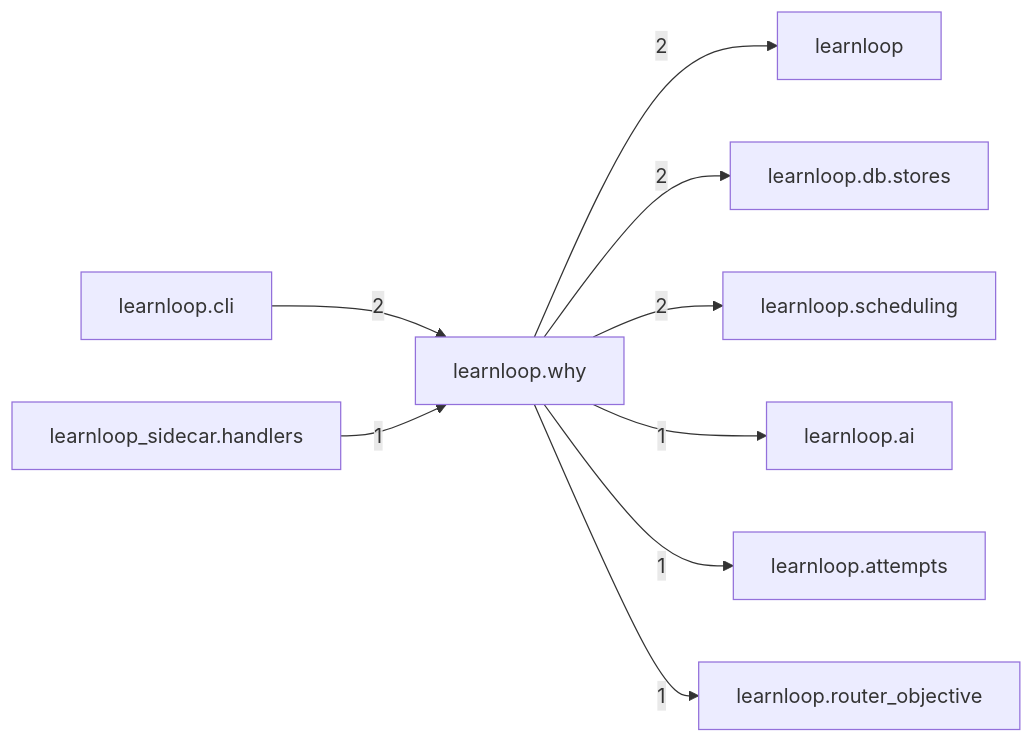
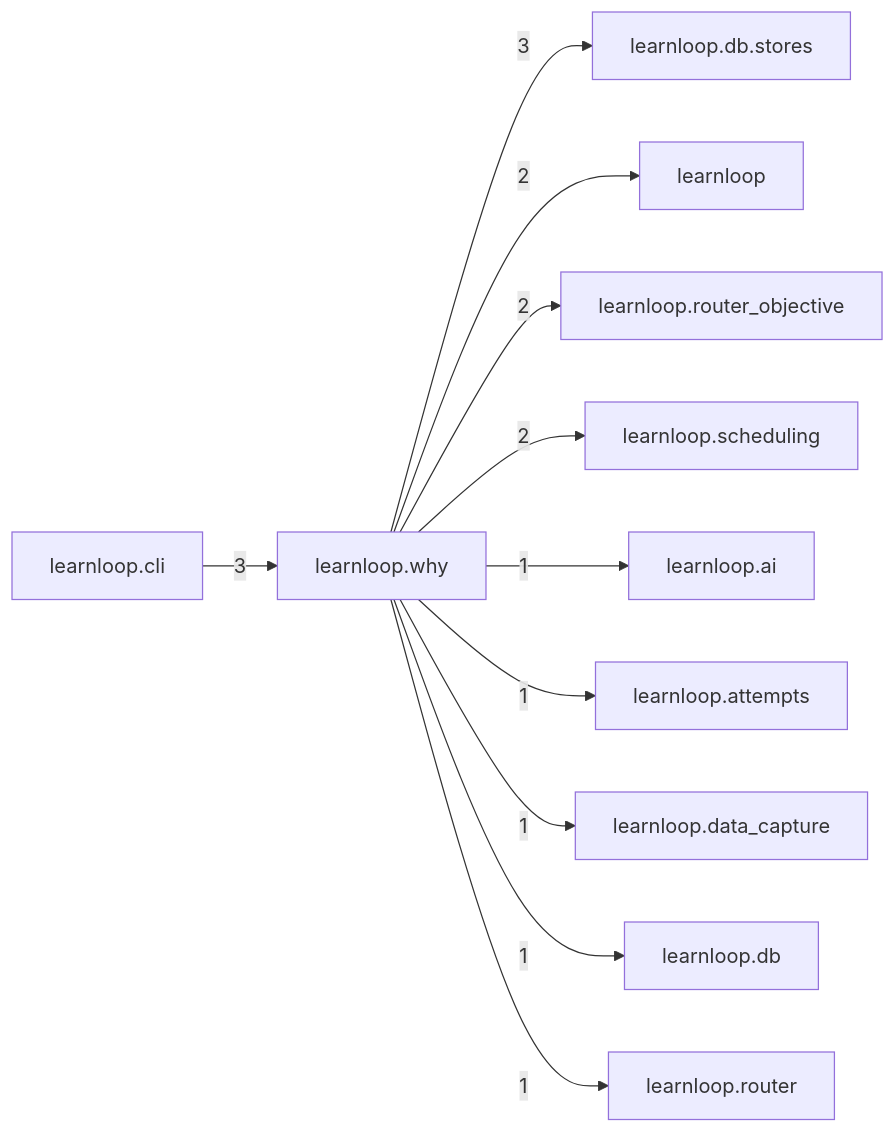
Before and after one commit to 6up-b/learnanything: the diagram in docs/learnloop-architecture-vault/Reference/Modules/learnloop/why/_package.md, drawn with Mermaid. The commit also changed other lines of this file and 67 other files, not shown here.

````diff
--- a/docs/learnloop-architecture-vault/Reference/Modules/learnloop/why/_package.md
+++ b/docs/learnloop-architecture-vault/Reference/Modules/learnloop/why/_package.md
@@ -71,20 +77,24 @@
 ```mermaid
 flowchart LR
     center["learnloop.why"]
-    n_learnloop["learnloop"]
     n_learnloop_cli["learnloop.cli"]
     n_learnloop_db_stores["learnloop.db.stores"]
+    n_learnloop["learnloop"]
+    n_learnloop_router_objective["learnloop.router_objective"]
     n_learnloop_scheduling["learnloop.scheduling"]
     n_learnloop_ai["learnloop.ai"]
     n_learnloop_attempts["learnloop.attempts"]
-    n_learnloop_router_objective["learnloop.router_objective"]
-    n_learnloop_sidecar_handlers["learnloop_sidecar.handlers"]
+    n_learnloop_data_capture["learnloop.data_capture"]
+    n_learnloop_db["learnloop.db"]
+    n_learnloop_router["learnloop.router"]
+    n_learnloop_cli -->|3| center
+    center -->|3| n_learnloop_db_stores
     center -->|2| n_learnloop
-    n_learnloop_cli -->|2| center
-    center -->|2| n_learnloop_db_stores
+    center -->|2| n_learnloop_router_objective
     center -->|2| n_learnloop_scheduling
     center -->|1| n_learnloop_ai
     center -->|1| n_learnloop_attempts
-    center -->|1| n_learnloop_router_objective
-    n_learnloop_sidecar_handlers -->|1| center
+    center -->|1| n_learnloop_data_capture
+    center -->|1| n_learnloop_db
+    center -->|1| n_learnloop_router
 ```
````
